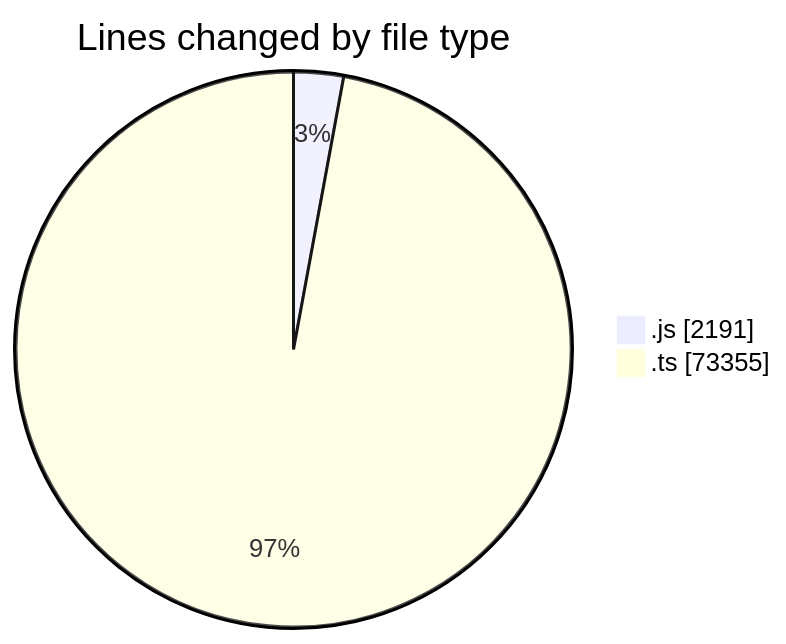
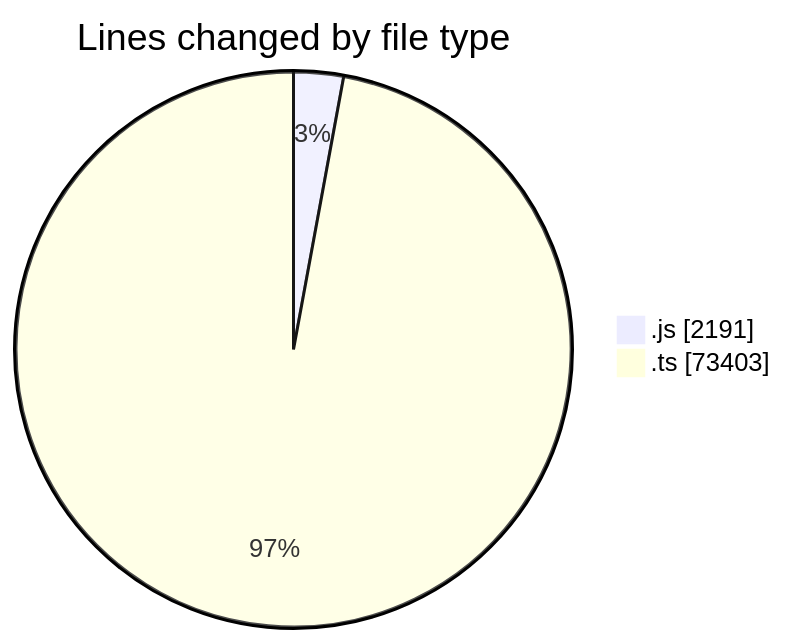
One commit to momahboobian/code-tracking changed the first of 2 diagrams in 2025-06-19/cda/README.md. Above: the diagram before and after it, drawn with Mermaid. The commit also changed other lines of this file and 1 other file, not shown here.

````diff
--- a/2025-06-19/cda/README.md
+++ b/2025-06-19/cda/README.md
@@ -40,6 +40,6 @@
 ```mermaid
 pie showData
 title Lines changed by file type
 ".js" : 2191
-".ts" : 73355
+".ts" : 73403
 ```
````
